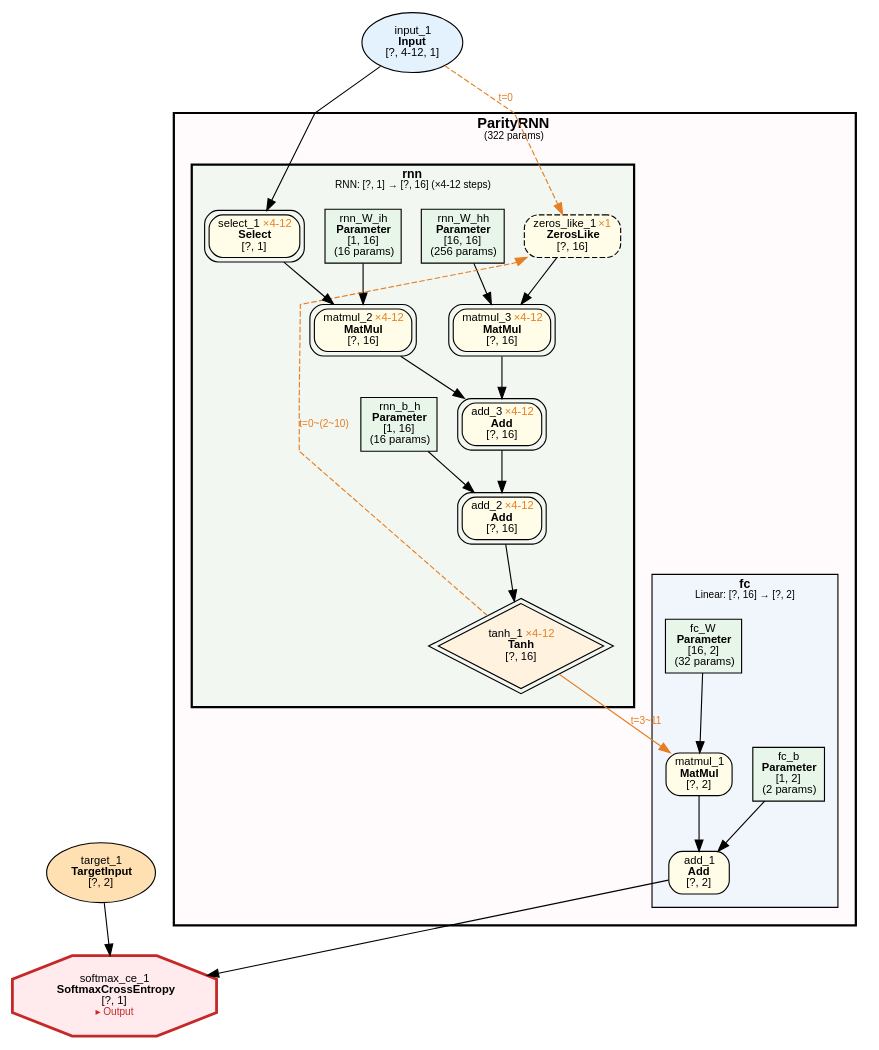
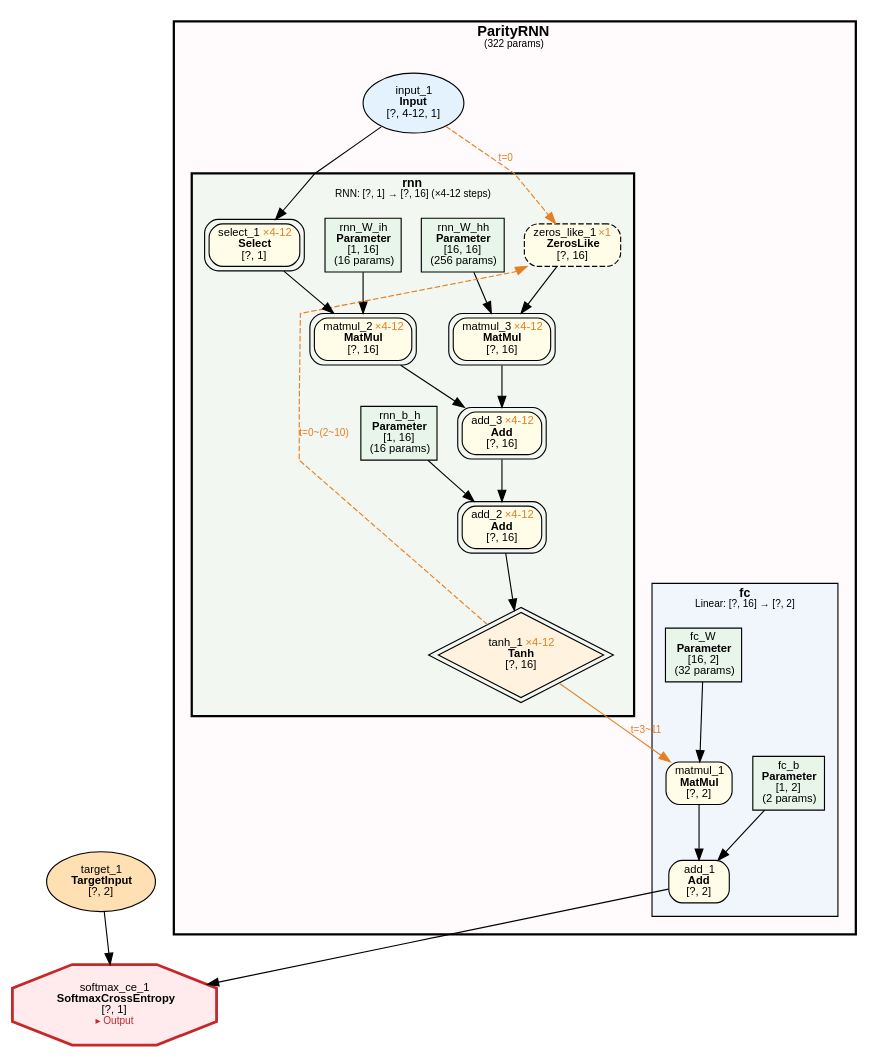
The diagram in examples/parity_rnn_var_len/parity_rnn_var_len.dot (dbsxdbsx/only_torch), drawn with Graphviz before and after one commit. The commit also changed 6 other files, not shown here.

```diff
--- a/examples/parity_rnn_var_len/parity_rnn_var_len.dot
+++ b/examples/parity_rnn_var_len/parity_rnn_var_len.dot
@@ -1,74 +1,74 @@
 digraph ComputeGraph {
     rankdir=TB;
     newrank=true;
     splines=polyline;
     node [fontname="Microsoft YaHei,SimHei,Arial"];
     edge [fontname="Microsoft YaHei,SimHei,Arial"];
 
     subgraph cluster_model_ParityRNN {
         label=<<B>ParityRNN</B><BR/><FONT POINT-SIZE="9">(322 params)</FONT>>;
         style="filled,bold";
         fillcolor="#FFEBEE40";
         fontname="Microsoft YaHei,SimHei,Arial";
         fontsize=13;
         margin=16;
 
         subgraph cluster_ParityRNN_fc {
             label=<<B>fc</B><BR/><FONT POINT-SIZE="9">Linear: [?, 16] → [?, 2]</FONT>>;
             style=filled;
             fillcolor="#E3F2FD80";
             fontname="Microsoft YaHei,SimHei,Arial";
             fontsize=11;
             margin=12;
                 "2" [label=<add_1<BR/><B>Add</B><BR/>[?, 2]> shape=box style="filled,rounded" fillcolor="#FFFDE7" fontsize=10];
                 "4" [label=<matmul_1<BR/><B>MatMul</B><BR/>[?, 2]> shape=box style="filled,rounded" fillcolor="#FFFDE7" fontsize=10];
                 "5" [label=<fc_b<BR/><B>Parameter</B><BR/>[1, 2]<BR/>(2 params)> shape=box style=filled fillcolor="#E8F5E9" fontsize=10];
                 "6" [label=<fc_W<BR/><B>Parameter</B><BR/>[16, 2]<BR/>(32 params)> shape=box style=filled fillcolor="#E8F5E9" fontsize=10];
         }
 
         subgraph cluster_ParityRNN_rnn {
             label=<<B>rnn</B><BR/><FONT POINT-SIZE="9">RNN: [?, 1] → [?, 16] (×4-12 steps)</FONT>>;
             style="filled,bold";
             peripheries=3;
             penwidth=2;
             fillcolor="#E8F5E980";
             fontname="Microsoft YaHei,SimHei,Arial";
             fontsize=11;
             margin=12;
                 "7" [label=<rnn_b_h<BR/><B>Parameter</B><BR/>[1, 16]<BR/>(16 params)> shape=box style=filled fillcolor="#E8F5E9" fontsize=10];
                 "8" [label=<rnn_W_ih<BR/><B>Parameter</B><BR/>[1, 16]<BR/>(16 params)> shape=box style=filled fillcolor="#E8F5E9" fontsize=10];
                 "9" [label=<rnn_W_hh<BR/><B>Parameter</B><BR/>[16, 16]<BR/>(256 params)> shape=box style=filled fillcolor="#E8F5E9" fontsize=10];
                 "11" [label=<tanh_1 <FONT COLOR="#E67E22">×4-12</FONT><BR/><B>Tanh</B><BR/>[?, 16]> shape=diamond style=filled fillcolor="#FFF3E0" fontsize=10 peripheries=2];
                 "12" [label=<add_2 <FONT COLOR="#E67E22">×4-12</FONT><BR/><B>Add</B><BR/>[?, 16]> shape=box style="filled,rounded" fillcolor="#FFFDE7" fontsize=10 peripheries=2];
                 "13" [label=<add_3 <FONT COLOR="#E67E22">×4-12</FONT><BR/><B>Add</B><BR/>[?, 16]> shape=box style="filled,rounded" fillcolor="#FFFDE7" fontsize=10 peripheries=2];
                 "14" [label=<matmul_2 <FONT COLOR="#E67E22">×4-12</FONT><BR/><B>MatMul</B><BR/>[?, 16]> shape=box style="filled,rounded" fillcolor="#FFFDE7" fontsize=10 peripheries=2];
                 "15" [label=<matmul_3 <FONT COLOR="#E67E22">×4-12</FONT><BR/><B>MatMul</B><BR/>[?, 16]> shape=box style="filled,rounded" fillcolor="#FFFDE7" fontsize=10 peripheries=2];
                 "16" [label=<select_1 <FONT COLOR="#E67E22">×4-12</FONT><BR/><B>Select</B><BR/>[?, 1]> shape=box style="filled,rounded" fillcolor="#FFFDE7" fontsize=10 peripheries=2];
                 "17" [label=<zeros_like_1 <FONT COLOR="#E67E22">×1</FONT><BR/><B>ZerosLike</B><BR/>[?, 16]> shape=box style="filled,rounded,dashed" fillcolor="#FFFDE7" fontsize=10];
         }
 
+        "10" [label=<input_1<BR/><B>Input</B><BR/>[?, 4-12, 1]> shape=ellipse style=filled fillcolor="#E3F2FD" fontsize=10];
     }
 
     "1" [label=<softmax_ce_1<BR/><B>SoftmaxCrossEntropy</B><BR/>[?, 1]<BR/><FONT COLOR="#C62828" POINT-SIZE="9">▸ Output</FONT>> shape=octagon style=filled fillcolor="#FFEBEE" fontsize=10 penwidth=2.5 color="#C62828"];
     "3" [label=<target_1<BR/><B>TargetInput</B><BR/>[?, 2]> shape=ellipse style=filled fillcolor="#FFE0B2" fontsize=10];
-    "10" [label=<input_1<BR/><B>Input</B><BR/>[?, 4-12, 1]> shape=ellipse style=filled fillcolor="#E3F2FD" fontsize=10];
 
     "2" -> "1";
     "3" -> "1";
     "4" -> "2";
     "5" -> "2";
     "11" -> "4" [ color="#E67E22" label=<t=3~11> fontcolor="#E67E22" fontsize=9];
     "6" -> "4";
     "12" -> "11";
     "13" -> "12";
     "7" -> "12";
     "14" -> "13";
     "15" -> "13";
     "16" -> "14";
     "8" -> "14";
     "17" -> "15";
     "9" -> "15";
     "10" -> "16";
     "10" -> "17" [ style=dashed color="#E67E22" label=<t=0> fontcolor="#E67E22" fontsize=9];
     "11" -> "17" [style=dashed color="#E67E22" label=<t=0~(2~10)> fontcolor="#E67E22" fontsize=9 constraint=false];
 }
```
